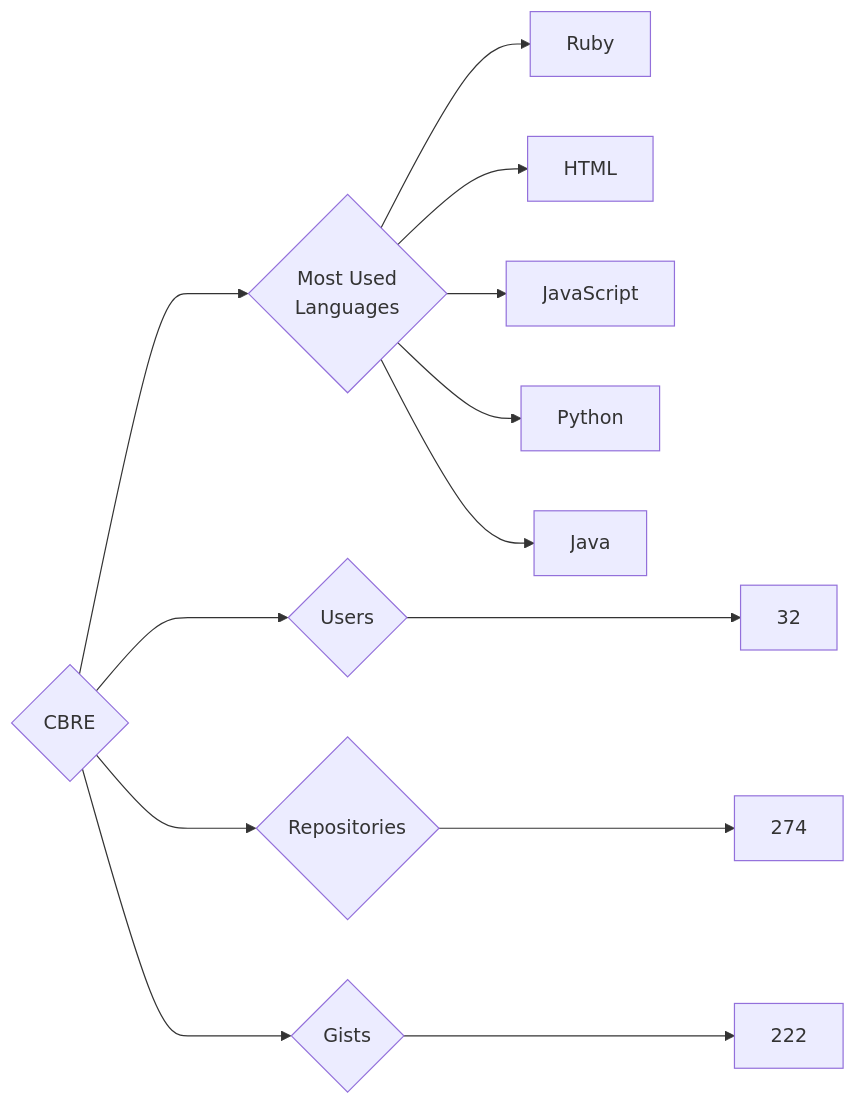
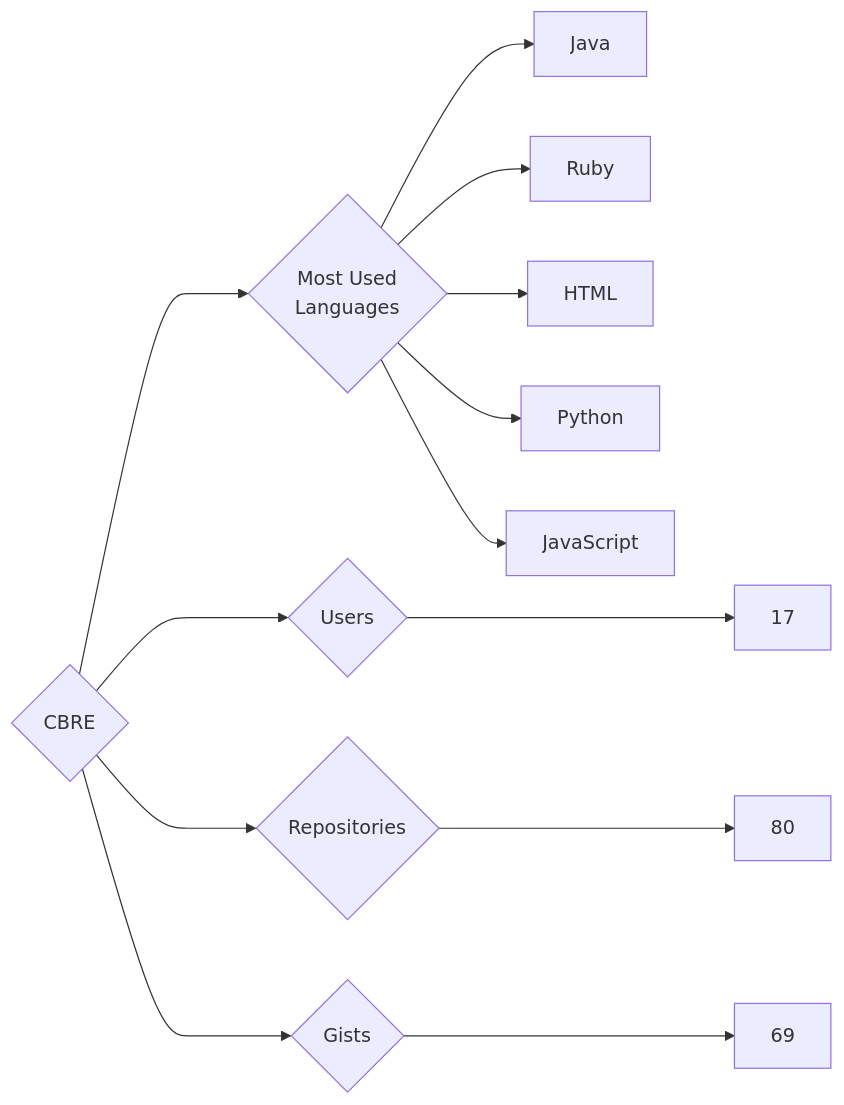
The diagram in targets/CBRE/README.md (trickest/insiders), drawn with Mermaid before and after one commit. The commit also changed 944 other files, not shown here.

````diff
--- a/targets/CBRE/README.md
+++ b/targets/CBRE/README.md
@@ -3,13 +3,13 @@
 ```mermaid
 graph LR
 COMPANY_NAME{CBRE}
-COMPANY_NAME ---> U{Users} ---> UN[32]
-COMPANY_NAME ---> R{Repositories} ---> RN[274]
-COMPANY_NAME ---> G{Gists} ---> GN[222]
+COMPANY_NAME ---> U{Users} ---> UN[17]
+COMPANY_NAME ---> R{Repositories} ---> RN[80]
+COMPANY_NAME ---> G{Gists} ---> GN[69]
 COMPANY_NAME ---> ML{Most Used<br>Languages}
+ML --> Java[Java]
 ML --> Ruby[Ruby]
 ML --> HTML[HTML]
+ML --> Python[Python]
 ML --> JavaScript[JavaScript]
-ML --> Python[Python]
-ML --> Java[Java]
 ```
````
